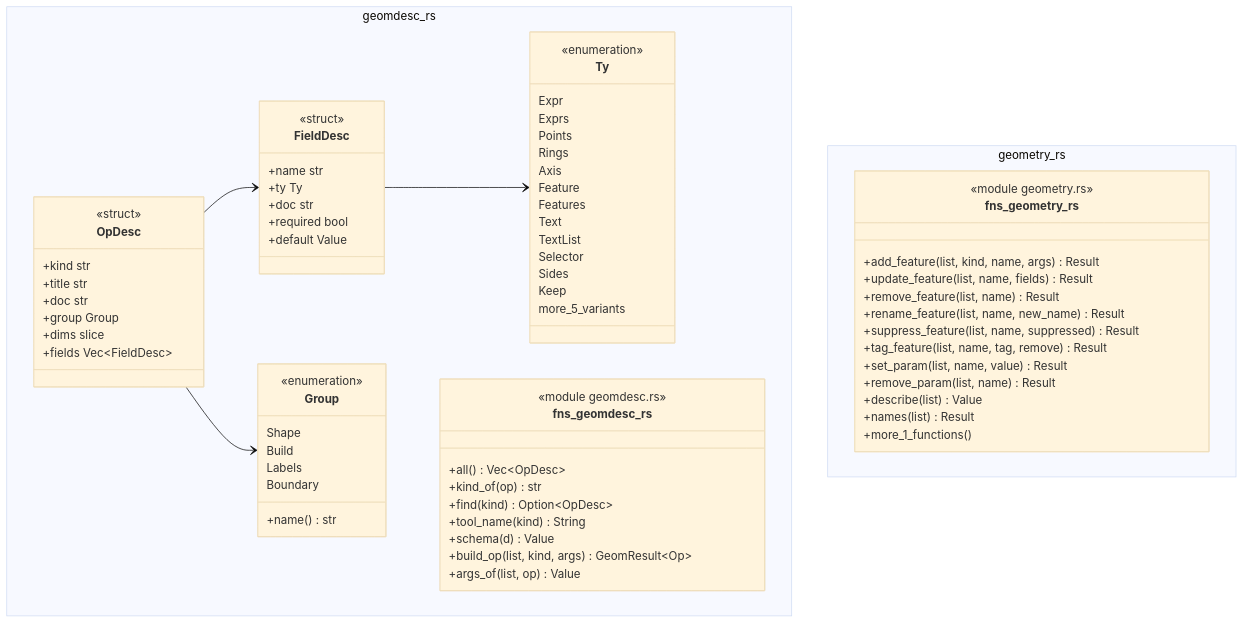
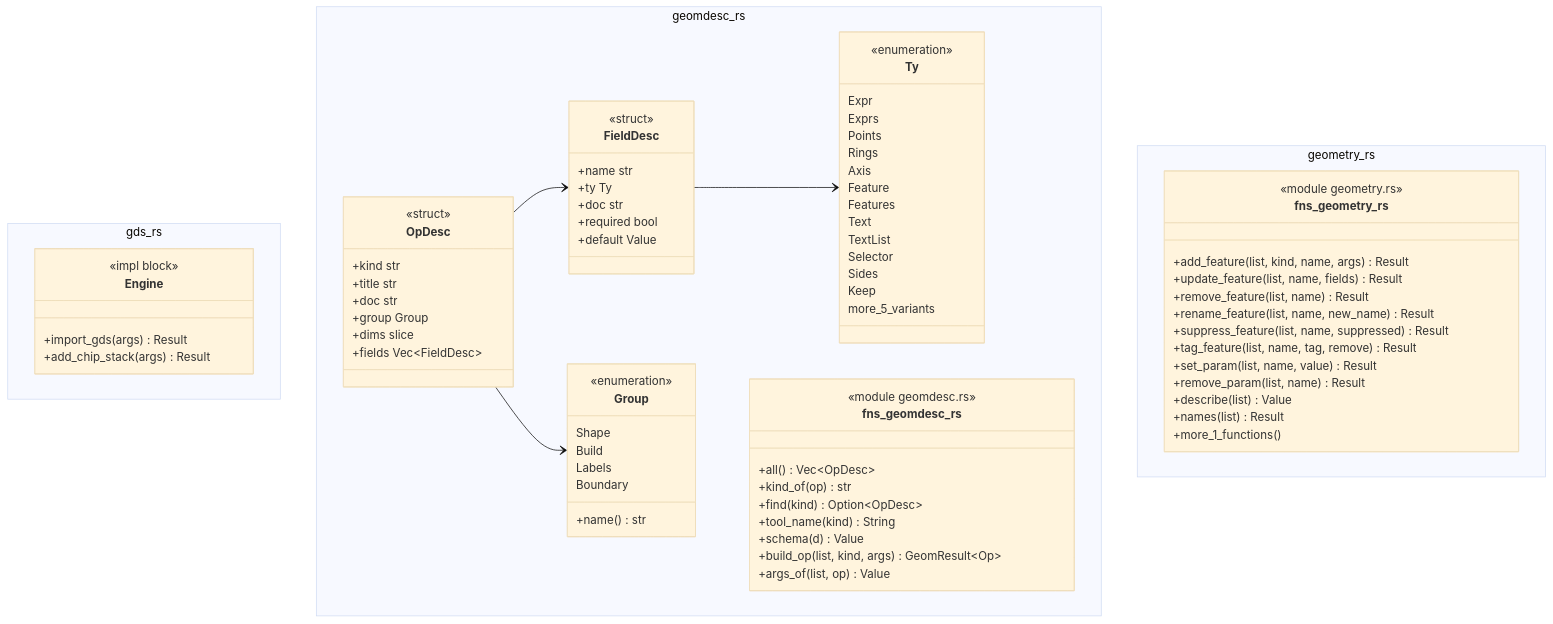
The diagram in docs/architecture/c4/4-code/engine/geometry.md (p-j-r/nyx), drawn with Mermaid (base theme) before and after one commit. The commit also changed other lines of this file and 150 other files, not shown here.

````diff
--- a/docs/architecture/c4/4-code/engine/geometry.md
+++ b/docs/architecture/c4/4-code/engine/geometry.md
@@ -35,75 +37,82 @@
 ```mermaid
 classDiagram
+  namespace gds_rs {
+    class Engine {
+        <<impl block>>
+        +import_gds(args) Result
+        +add_chip_stack(args) Result
+    }
+  }
   namespace geomdesc_rs {
     class Ty {
         <<enumeration>>
         Expr
         Exprs
         Points
         Rings
         Axis
         Feature
         Features
         Text
         TextList
         Selector
         Sides
         Keep
         more_5_variants
     }
     class FieldDesc {
         <<struct>>
         +name str
         +ty Ty
         +doc str
         +required bool
         +default Value
     }
     class Group {
         <<enumeration>>
         Shape
         Build
         Labels
         Boundary
         +name() str
     }
     class OpDesc {
         <<struct>>
         +kind str
         +title str
         +doc str
         +group Group
         +dims slice
         +fields Vec~FieldDesc~
     }
     class fns_geomdesc_rs {
         <<module geomdesc.rs>>
         +all() Vec~OpDesc~
         +kind_of(op) str
         +find(kind) Option~OpDesc~
         +tool_name(kind) String
         +schema(d) Value
         +build_op(list, kind, args) GeomResult~Op~
         +args_of(list, op) Value
     }
   }
   namespace geometry_rs {
     class fns_geometry_rs {
         <<module geometry.rs>>
         +add_feature(list, kind, name, args) Result
         +update_feature(list, name, fields) Result
         +remove_feature(list, name) Result
         +rename_feature(list, name, new_name) Result
         +suppress_feature(list, name, suppressed) Result
         +tag_feature(list, name, tag, remove) Result
         +set_param(list, name, value) Result
         +remove_param(list, name) Result
         +describe(list) Value
         +names(list) Result
         +more_1_functions()
     }
   }
   FieldDesc --> Ty
   OpDesc --> Group
   OpDesc --> FieldDesc
 ```
````
